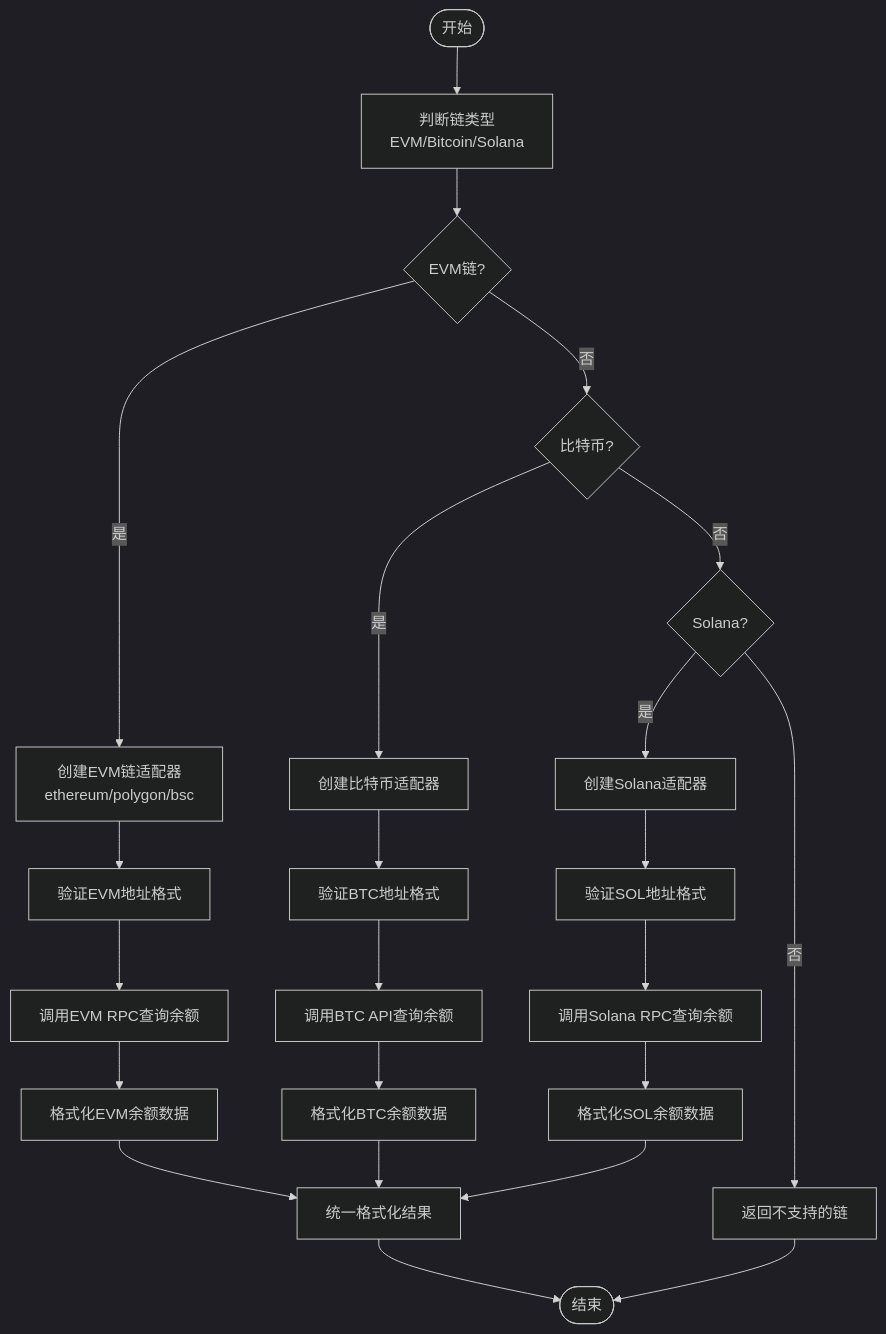
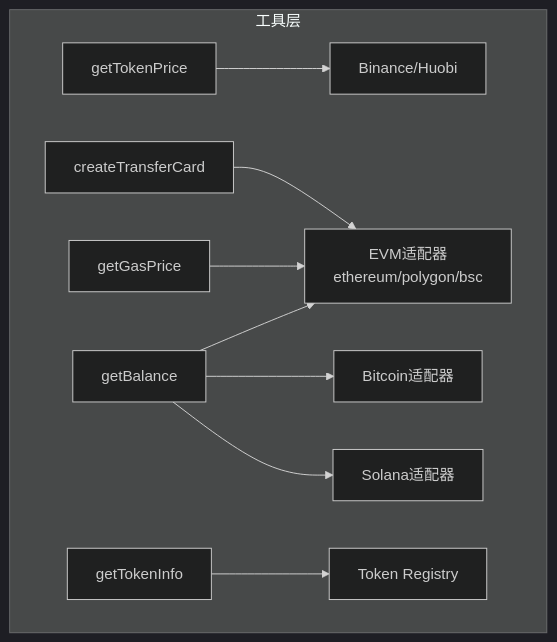
The diagram in content/wiki/05-Web3工具集成/00-工具集成概述.md (CryptoLinxu/Web3-AI-Agent-WebSite), drawn with Mermaid (dark theme) before and after one commit. The commit also changed other lines of this file and 59 other files, not shown here.

````diff
--- a/content/wiki/05-Web3工具集成/00-工具集成概述.md
+++ b/content/wiki/05-Web3工具集成/00-工具集成概述.md
@@ -271,25 +42,12 @@
 ```mermaid
-flowchart TD
-Start(["开始"]) --> CheckChain["判断链类型<br/>EVM/Bitcoin/Solana"]
-CheckChain --> EVM{"EVM链?"}
-EVM --> |是| EVMAdapter["创建EVM链适配器<br/>ethereum/polygon/bsc"]
-EVM --> |否| Bitcoin{"比特币?"}
-Bitcoin --> |是| BTCAdapter["创建比特币适配器"]
-Bitcoin --> |否| Solana{"Solana?"}
-Solana --> |是| SOLAdapter["创建Solana适配器"]
-Solana --> |否| ErrChain["返回不支持的链"]
-EVMAdapter --> EVMValidate["验证EVM地址格式"]
-EVMValidate --> EVMQuery["调用EVM RPC查询余额"]
-EVMQuery --> EVMFormat["格式化EVM余额数据"]
-BTCAdapter --> BTCValidate["验证BTC地址格式"]
-BTCValidate --> BTCAPI["调用BTC API查询余额"]
-BTCAPI --> BTCFormat["格式化BTC余额数据"]
-SOLAdapter --> SOLValidate["验证SOL地址格式"]
-SOLValidate --> SOLRPC["调用Solana RPC查询余额"]
-SOLRPC --> SOLFormat["格式化SOL余额数据"]
-EVMFormat --> Format["统一格式化结果"]
-BTCFormat --> Format
-SOLFormat --> Format
-Format --> Done(["结束"])
-ErrChain --> Done
+graph TB
+subgraph "工具层"
+W1["getTokenPrice"] --> DS["Binance/Huobi"]
+W2["getBalance"] --> EVM["EVM适配器<br/>ethereum/polygon/bsc"]
+W2 --> BTC["Bitcoin适配器"]
+W2 --> SOL["Solana适配器"]
+W3["getGasPrice"] --> EVM
+W4["getTokenInfo"] --> REG["Token Registry"]
+W5["createTransferCard"] --> EVM
+end
 ```
````
